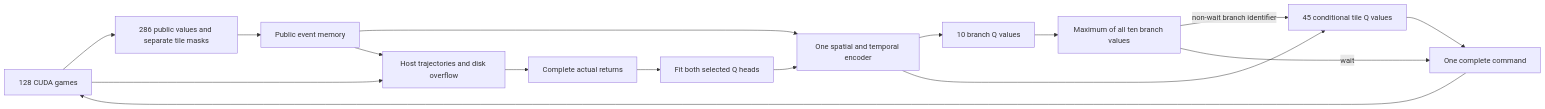
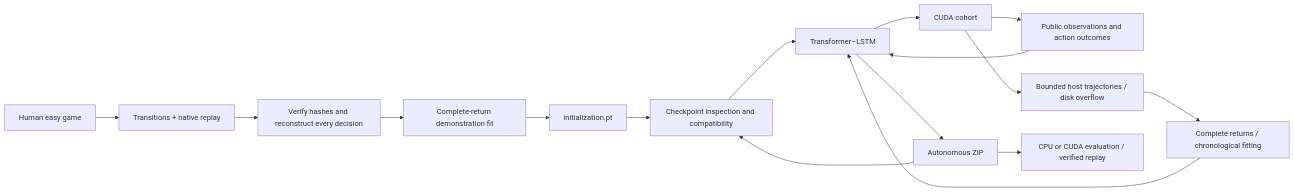
Before and after one commit to Comb1e/RL-Pvz: the first of 3 diagrams in docs/architecture.md, drawn with Mermaid. The commit also changed other lines of this file and 79 other files, not shown here.

Commit message:
feat(training): connect recurrent demonstration initialization to CUDA training (#28)

````diff
--- a/docs/architecture.md
+++ b/docs/architecture.md
@@ -114,18 +9,18 @@
 ```mermaid
 flowchart LR
-    Game[128 CUDA games] --> Public[286 public values and separate tile masks]
-    Public --> Memory[Public event memory]
-    Memory --> Encoder[One spatial and temporal encoder]
-    Encoder --> Branch[10 branch Q values]
-    Branch --> Select[Maximum of all ten branch values]
-    Encoder --> Tile[45 conditional tile Q values]
-    Select -->|non-wait branch identifier| Tile
-    Select -->|wait| Command[One complete command]
-    Tile --> Command
-    Command --> Game
-    Game --> Store[Host trajectories and disk overflow]
-    Memory --> Store
-    Store --> Returns[Complete actual returns]
-    Returns --> Fit[Fit both selected Q heads]
-    Fit --> Encoder
+    Human[Human easy game] --> Archive[Transitions + native replay]
+    Archive --> Verify[Verify hashes and reconstruct every decision]
+    Verify --> Init[Complete-return demonstration fit]
+    Init --> Weights[initialization.pt]
+    Weights --> Inspect[Checkpoint inspection and compatibility]
+    Saved[Autonomous ZIP] --> Inspect
+    Inspect --> Policy[Transformer–LSTM]
+    Policy --> Simulator[CUDA cohort]
+    Simulator --> Public[Public observations and action outcomes]
+    Public --> Policy
+    Simulator --> Store[Bounded host trajectories / disk overflow]
+    Store --> Fit[Complete returns / chronological fitting]
+    Fit --> Policy
+    Policy --> Saved
+    Saved --> Evaluate[CPU or CUDA evaluation / verified replay]
 ```
````
